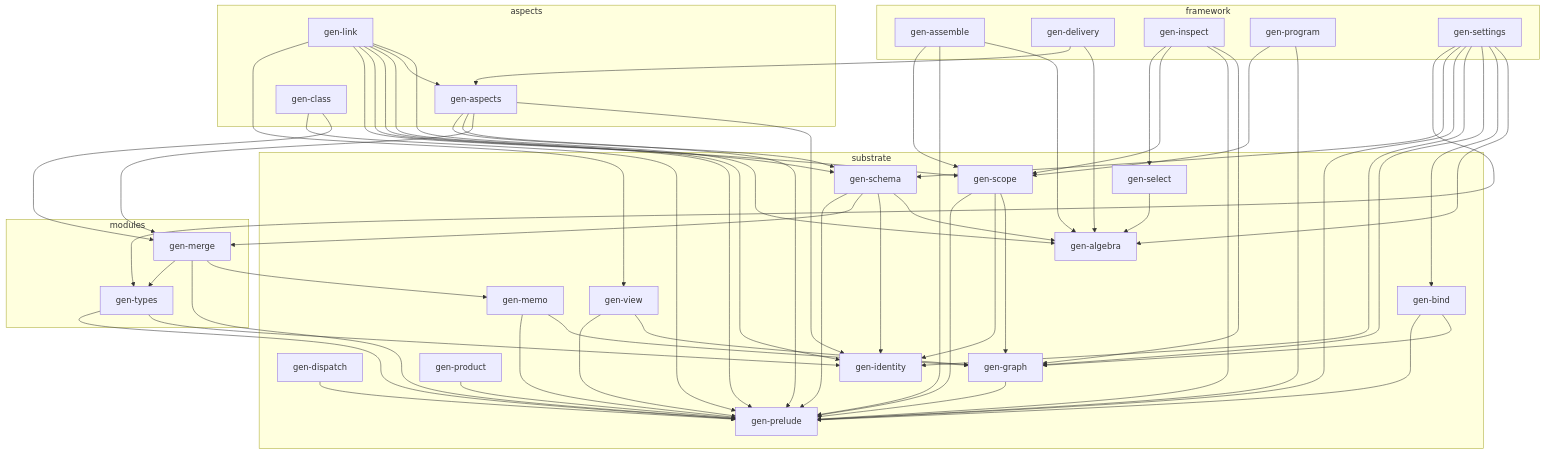
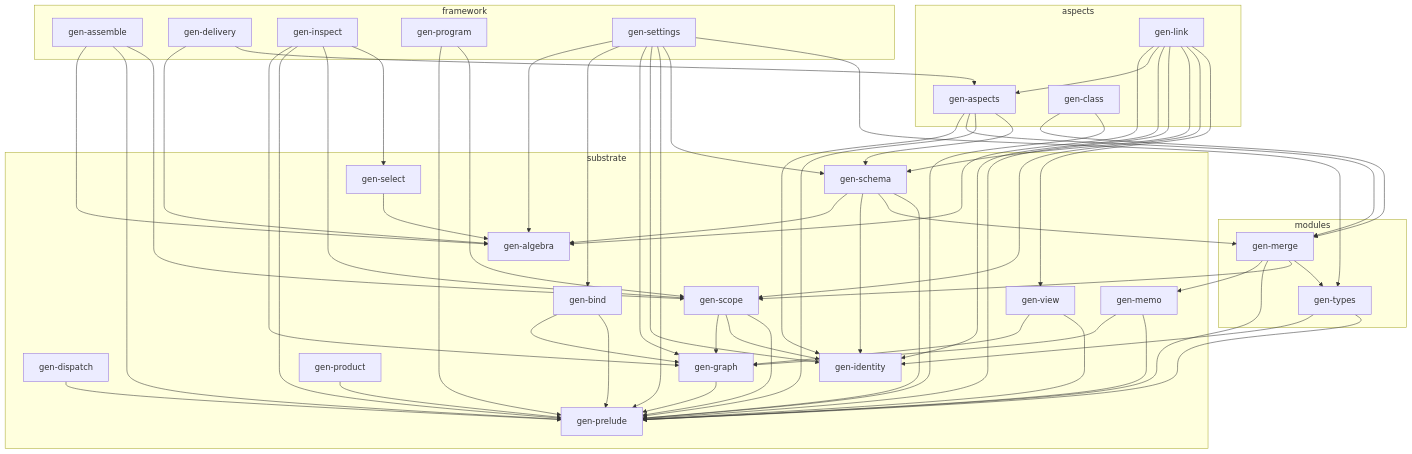
The first of 4 diagrams in ARCHITECTURE.md (sini/gen), drawn with Mermaid before and after one commit. The commit also changed 6 other files, not shown here.

```diff
--- a/ARCHITECTURE.md
+++ b/ARCHITECTURE.md
@@ -100,6 +100,7 @@
   gen_memo --> gen_prelude
   gen_merge --> gen_memo
   gen_merge --> gen_prelude
+  gen_merge --> gen_scope
   gen_merge --> gen_types
   gen_product --> gen_prelude
   gen_program --> gen_prelude
```
